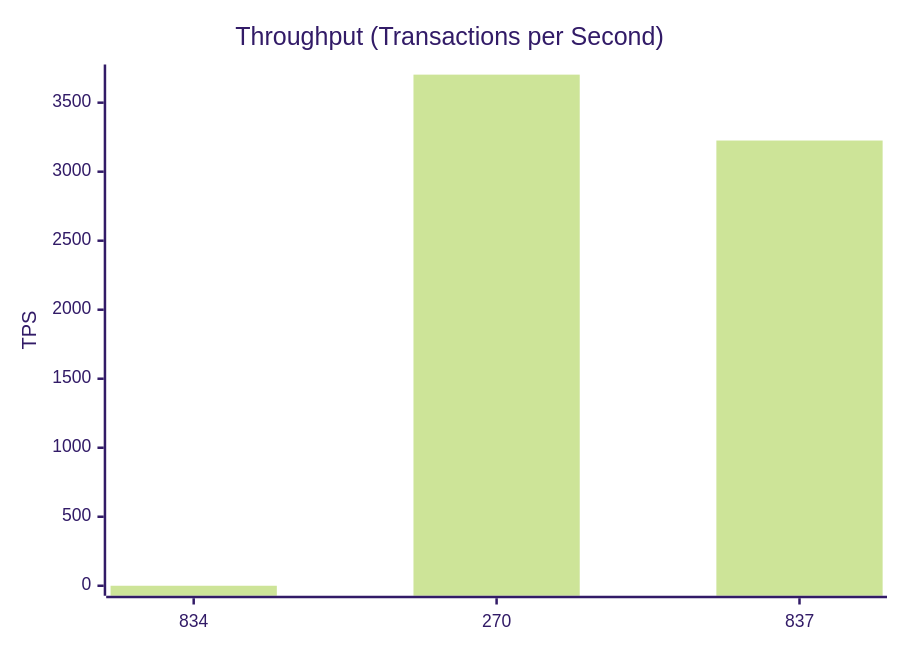
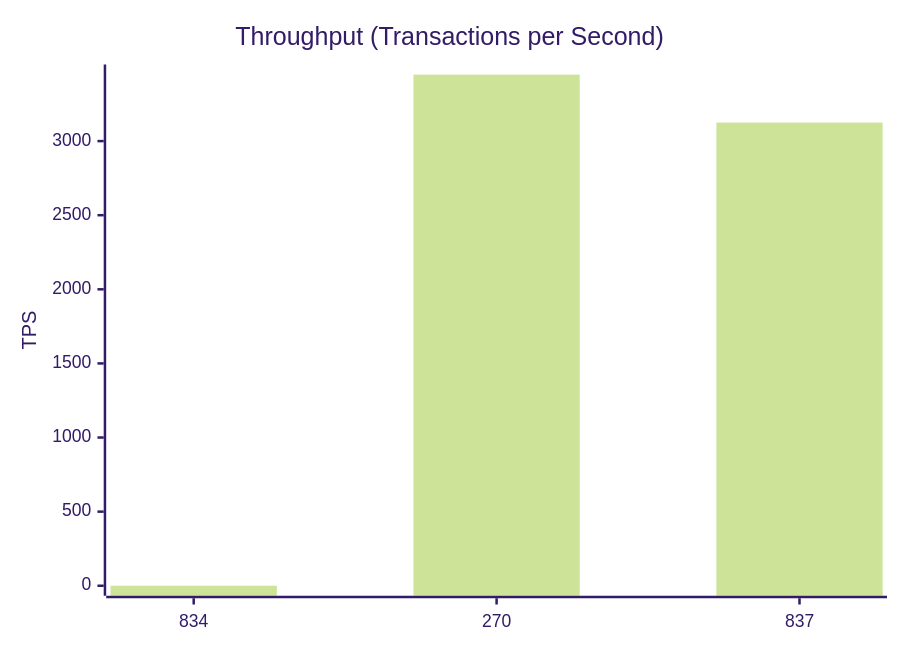
The second of 10 diagrams in test-tools/DataGen/src/Statistics_Visualizer.md (dhagan-va/intern-2025), drawn with Mermaid (forest theme) before and after one commit. The commit also changed other lines of this file and 9 other files, not shown here.

````diff
--- a/test-tools/DataGen/src/Statistics_Visualizer.md
+++ b/test-tools/DataGen/src/Statistics_Visualizer.md
@@ -28,7 +28,7 @@
 ```mermaid
 xychart-beta
     title "Throughput (Transactions per Second)"
     x-axis ["834", "270", "837"]
-    y-axis "TPS" 0 --> 3704.155088135091
-    bar [0.0, 3703.155088135091, 3225.8064516129034]
+    y-axis "TPS" 0 --> 3449.275862068965
+    bar [0.0, 3448.275862068965, 3125.0]
 ```
````
